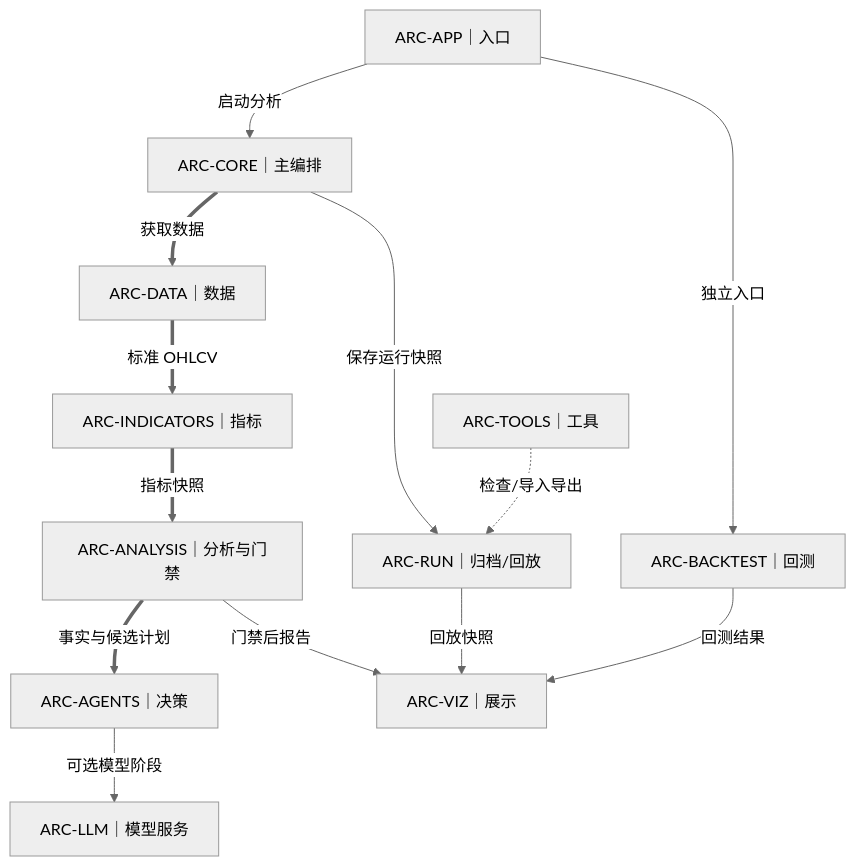
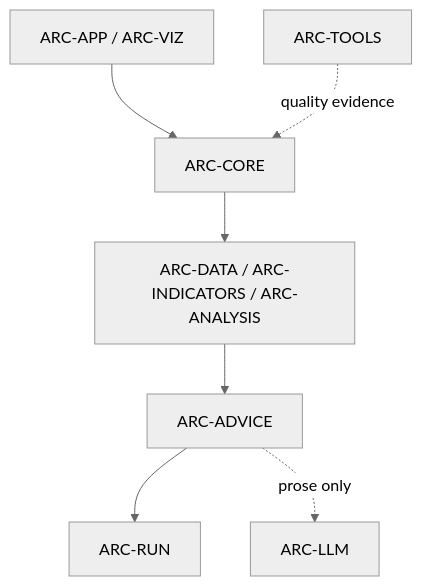
One commit to vbqx/GoldAnalysisAI changed the first of 5 diagrams in docs/aspice/SWE.2-architecture/software-architecture.md. Above: the diagram before and after it, drawn with Mermaid (neutral theme). The commit also changed other lines of this file and 71 other files, not shown here.

Commit message:
baseline aspice evidence for advice v2

````diff
--- a/docs/aspice/SWE.2-architecture/software-architecture.md
+++ b/docs/aspice/SWE.2-architecture/software-architecture.md
@@ -81,15 +29,9 @@
 ```mermaid
 flowchart TB
-  APP["ARC-APP｜入口"] -->|启动分析| CORE["ARC-CORE｜主编排"]
-  CORE ==>|获取数据| DATA["ARC-DATA｜数据"]
-  DATA ==>|标准 OHLCV| IND["ARC-INDICATORS｜指标"]
-  IND ==>|指标快照| ANALYSIS["ARC-ANALYSIS｜分析与门禁"]
-  ANALYSIS ==>|事实与候选计划| AGENTS["ARC-AGENTS｜决策"]
-  AGENTS -->|可选模型阶段| LLM["ARC-LLM｜模型服务"]
-  CORE -->|保存运行快照| RUN["ARC-RUN｜归档/回放"]
-  ANALYSIS -->|门禁后报告| VIZ["ARC-VIZ｜展示"]
-  RUN -->|回放快照| VIZ
-  APP -->|独立入口| BACKTEST["ARC-BACKTEST｜回测"]
-  BACKTEST -->|回测结果| VIZ
-  TOOLS["ARC-TOOLS｜工具"] -.->|检查/导入导出| RUN
+  UI["ARC-APP / ARC-VIZ"] --> CORE["ARC-CORE"]
+  CORE --> DATA["ARC-DATA / ARC-INDICATORS / ARC-ANALYSIS"]
+  DATA --> ADVICE["ARC-ADVICE"]
+  ADVICE --> RUN["ARC-RUN"]
+  ADVICE -. prose only .-> LLM["ARC-LLM"]
+  TOOLS["ARC-TOOLS"] -. quality evidence .-> CORE
 ```
````
